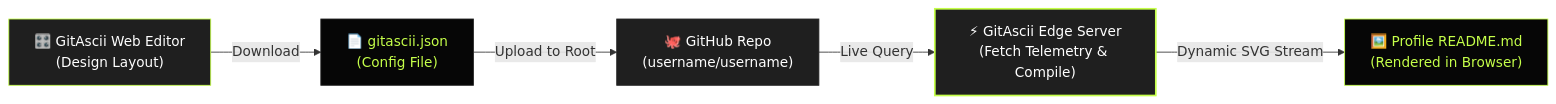
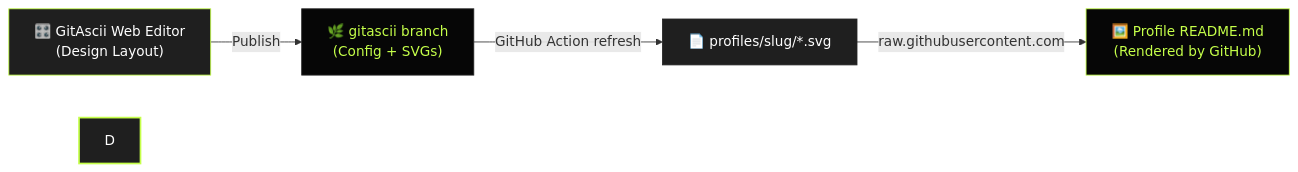
One commit to Igorcbraz/GitAscii changed the diagram in README.md. Above: the diagram before and after it, drawn with Mermaid. The commit also changed other lines of this file and 61 other files, not shown here.

````diff
--- a/README.md
+++ b/README.md
@@ -84,13 +84,12 @@
 ```mermaid
 flowchart LR
-    A["🎛️ GitAscii Web Editor<br/>(Design Layout)"] -->|"Download"| B["📄 gitascii.json<br/>(Config File)"]
-    B -->|"Upload to Root"| C["🐙 GitHub Repo<br/>(username/username)"]
-    C -->|"Live Query"| D["⚡ GitAscii Edge Server<br/>(Fetch Telemetry & Compile)"]
-    D -->|"Dynamic SVG Stream"| E["🖼️ Profile README.md<br/>(Rendered in Browser)"]
+    A["🎛️ GitAscii Web Editor<br/>(Design Layout)"] -->|"Publish"| B["🌿 gitascii branch<br/>(Config + SVGs)"]
+    B -->|"GitHub Action refresh"| C["📄 profiles/slug/*.svg"]
+    C -->|"raw.githubusercontent.com"| E["🖼️ Profile README.md<br/>(Rendered by GitHub)"]
 
     style A fill:#1f1f1f,stroke:#c5ff4a,stroke-width:1px,color:#ffffff
     style B fill:#060606,stroke:#252525,stroke-width:1px,color:#c5ff4a
     style C fill:#1f1f1f,stroke:#252525,stroke-width:1px,color:#ffffff
     style D fill:#1f1f1f,stroke:#c5ff4a,stroke-width:2px,color:#ffffff
     style E fill:#060606,stroke:#c5ff4a,stroke-width:1px,color:#c5ff4a
 ```
````
